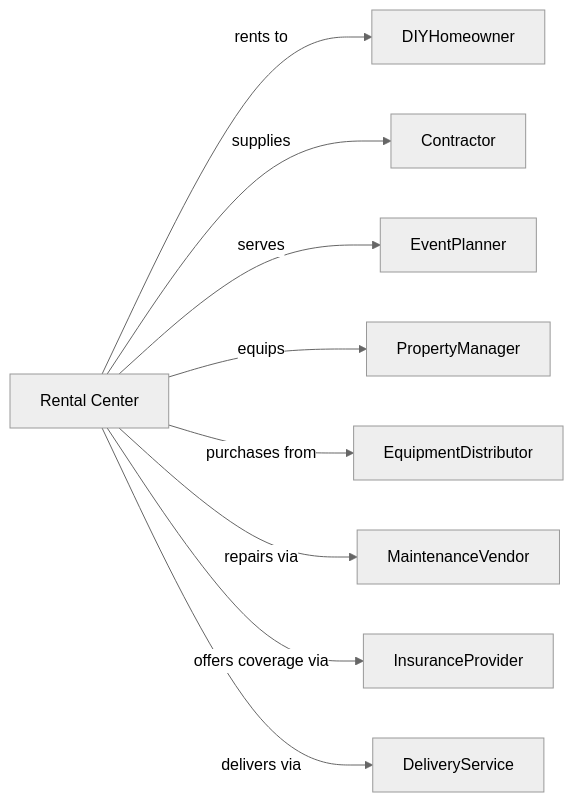
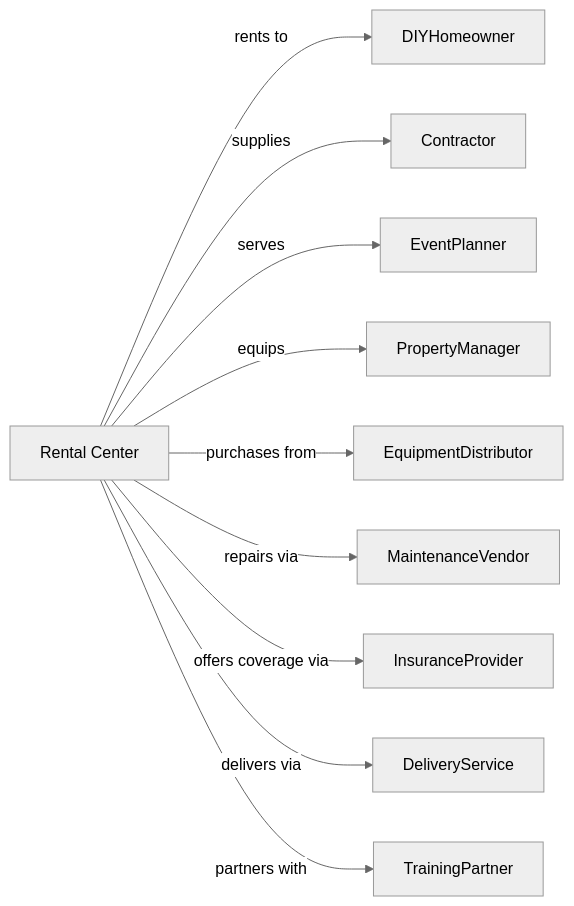
Before and after one commit to dot-org-ai/industries.org.ai: the second of 2 diagrams in RealEstate/RentalAndLeasingServices/GeneralRentalCenters/GeneralRentalCenters.mdx, drawn with Mermaid (neutral theme). The commit also changed other lines of this file and 588 other files, not shown here.

````diff
--- a/RealEstate/RentalAndLeasingServices/GeneralRentalCenters/GeneralRentalCenters.mdx
+++ b/RealEstate/RentalAndLeasingServices/GeneralRentalCenters/GeneralRentalCenters.mdx
@@ -135,13 +135,14 @@
 ```mermaid
 graph LR
     R[Rental Center]
 
     R -->|rents to| DIYHomeowner
     R -->|supplies| Contractor
     R -->|serves| EventPlanner
     R -->|equips| PropertyManager
     R -->|purchases from| EquipmentDistributor
     R -->|repairs via| MaintenanceVendor
     R -->|offers coverage via| InsuranceProvider
     R -->|delivers via| DeliveryService
+    R -->|partners with| TrainingPartner
 ```
````
